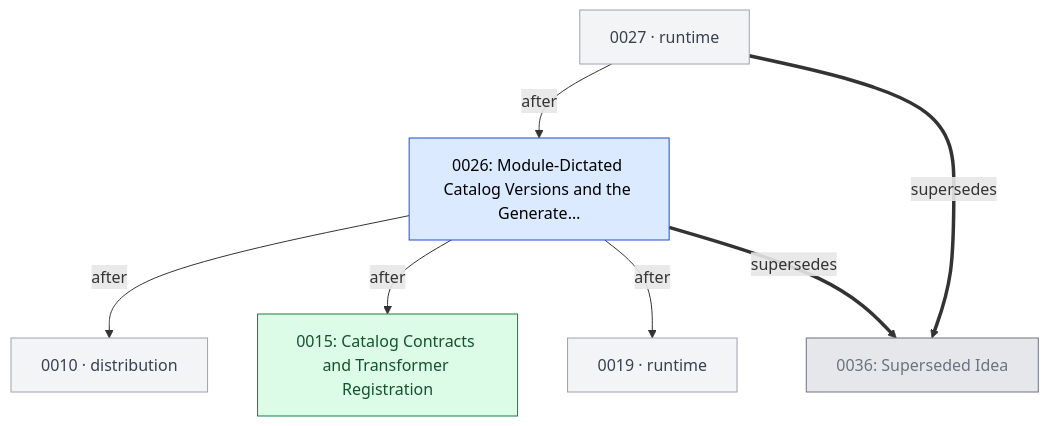
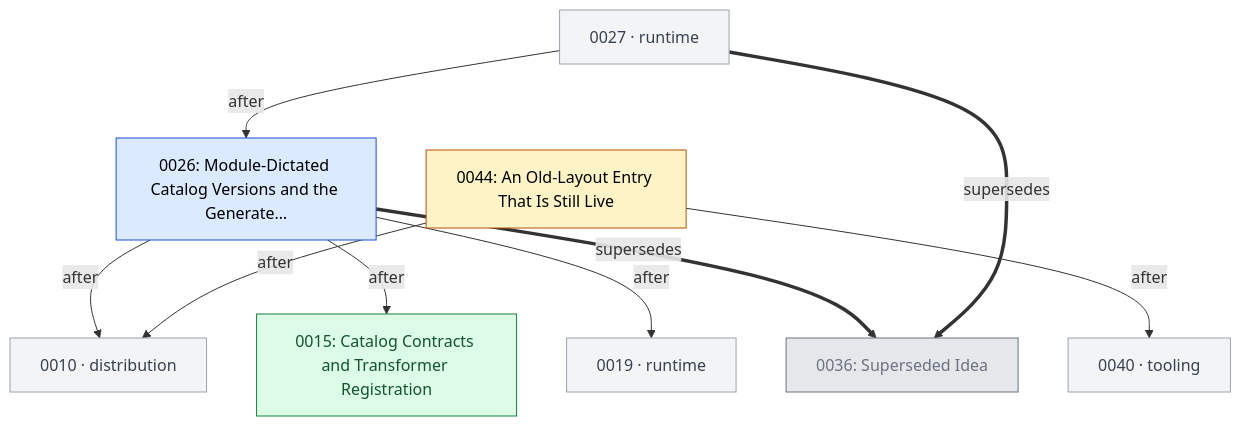
The second of 6 diagrams in tools/enh/internal/index/testdata/tree.want/GRAPH.md (open-platform-model/enhancements), drawn with Mermaid before and after one commit. The commit also changed other lines of this file and 8 other files, not shown here.

First line of the commit message:
feat: list the old-layout live entries in INDEX and GRAPH until M4

````diff
--- a/tools/enh/internal/index/testdata/tree.want/GRAPH.md
+++ b/tools/enh/internal/index/testdata/tree.want/GRAPH.md
@@ -43,25 +44,29 @@
 ```mermaid
 graph TD
   classDef draft       fill:#fef3c7,stroke:#b45309,color:#000
   classDef accepted    fill:#dbeafe,stroke:#1d4ed8,color:#000
   classDef rejected    fill:#fee2e2,stroke:#b91c1c,color:#7f1d1d,stroke-dasharray:4 2
   classDef withdrawn   fill:#fef2f2,stroke:#b91c1c,color:#7f1d1d,stroke-dasharray:1 3
   classDef superseded  fill:#e5e7eb,stroke:#6b7280,color:#6b7280
   classDef delivered   fill:#dcfce7,stroke:#15803d,color:#14532d
   classDef stub        fill:#f3f4f6,stroke:#9ca3af,color:#374151
   classDef category    fill:#ede9fe,stroke:#6d28d9,color:#000
 
   N0015["0015: Catalog Contracts and Transformer Registration"]:::delivered
   N0026["0026: Module-Dictated Catalog Versions and the Generate…"]:::accepted
   N0036["0036: Superseded Idea"]:::superseded
+  N0044["0044: An Old-Layout Entry That Is Still Live"]:::draft
   N0010["0010 · distribution"]:::stub
   N0019["0019 · runtime"]:::stub
   N0027["0027 · runtime"]:::stub
+  N0040["0040 · tooling"]:::stub
 
   N0026 -->|after| N0010
   N0026 -->|after| N0015
   N0026 -->|after| N0019
   N0027 -->|after| N0026
+  N0044 -->|after| N0010
+  N0044 -->|after| N0040
   N0026 ==>|supersedes| N0036
   N0027 ==>|supersedes| N0036
 ```
````
